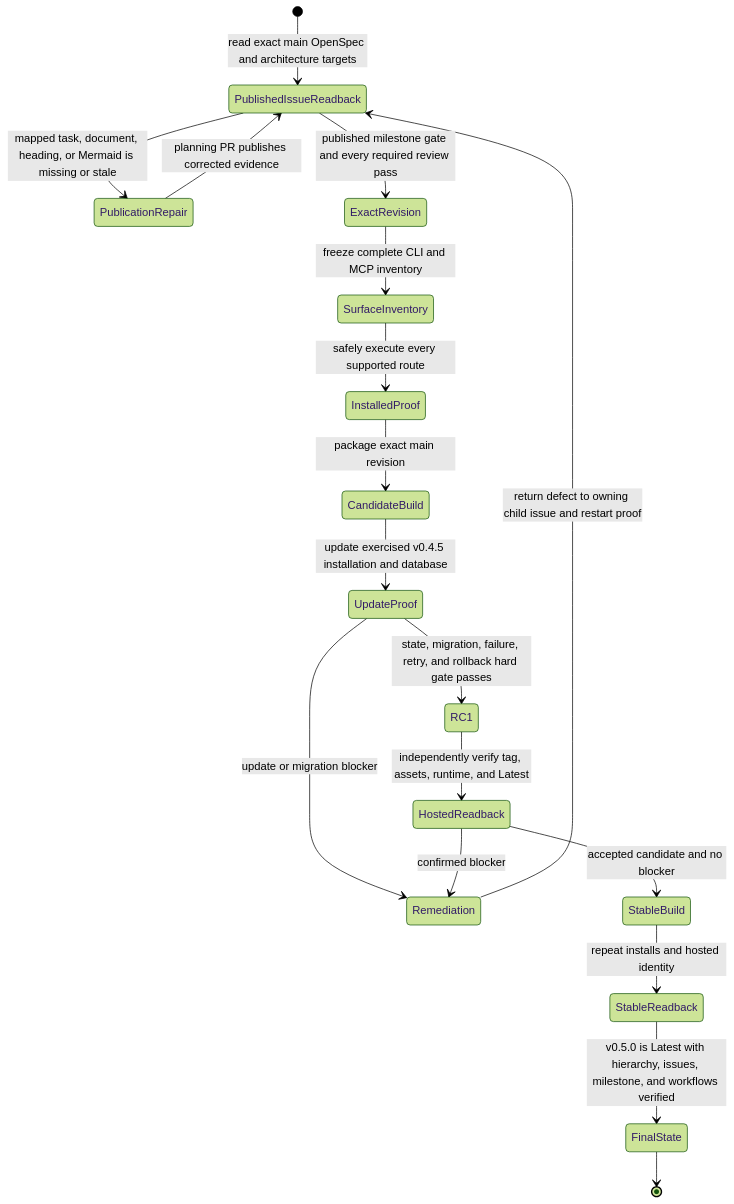
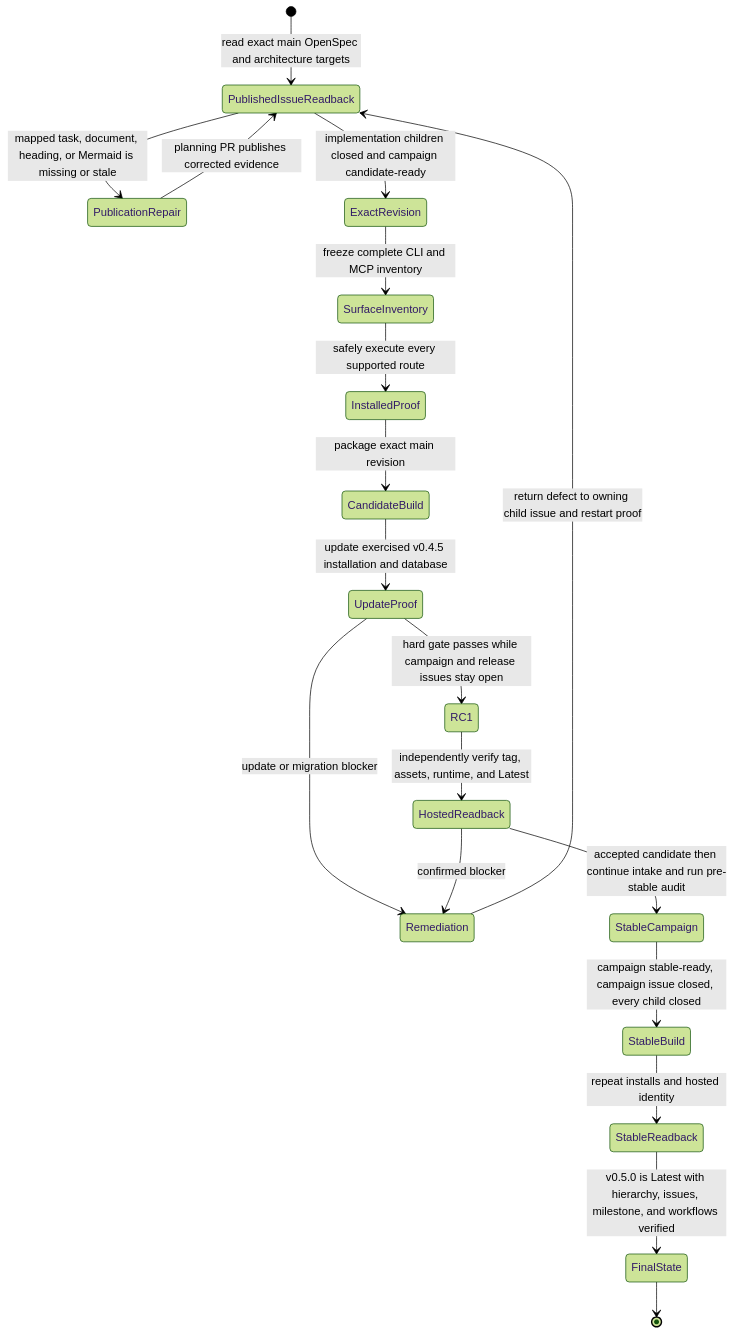
Before and after one commit to styler-ai/ProjectAtlas: diagram 29 of 29 in docs/v050-release-architecture.md, drawn with Mermaid (forest theme). The commit also changed other lines of this file and 12 other files, not shown here.

Commit message:
docs(release): close CI campaign review gaps (#492)

````diff
--- a/docs/v050-release-architecture.md
+++ b/docs/v050-release-architecture.md
@@ -435,20 +481,21 @@
 ```mermaid
 stateDiagram-v2
   [*] --> PublishedIssueReadback: read exact main OpenSpec and architecture targets
   PublishedIssueReadback --> PublicationRepair: mapped task, document, heading, or Mermaid is missing or stale
   PublicationRepair --> PublishedIssueReadback: planning PR publishes corrected evidence
-  PublishedIssueReadback --> ExactRevision: published milestone gate and every required review pass
+  PublishedIssueReadback --> ExactRevision: implementation children closed and campaign candidate-ready
   ExactRevision --> SurfaceInventory: freeze complete CLI and MCP inventory
   SurfaceInventory --> InstalledProof: safely execute every supported route
   InstalledProof --> CandidateBuild: package exact main revision
   CandidateBuild --> UpdateProof: update exercised v0.4.5 installation and database
-  UpdateProof --> RC1: state, migration, failure, retry, and rollback hard gate passes
+  UpdateProof --> RC1: hard gate passes while campaign and release issues stay open
   UpdateProof --> Remediation: update or migration blocker
   RC1 --> HostedReadback: independently verify tag, assets, runtime, and Latest
   HostedReadback --> Remediation: confirmed blocker
   Remediation --> PublishedIssueReadback: return defect to owning child issue and restart proof
-  HostedReadback --> StableBuild: accepted candidate and no blocker
+  HostedReadback --> StableCampaign: accepted candidate then continue intake and run pre-stable audit
+  StableCampaign --> StableBuild: campaign stable-ready, campaign issue closed, every child closed
   StableBuild --> StableReadback: repeat installs and hosted identity
   StableReadback --> FinalState: v0.5.0 is Latest with hierarchy, issues, milestone, and workflows verified
   FinalState --> [*]
 ```
````
